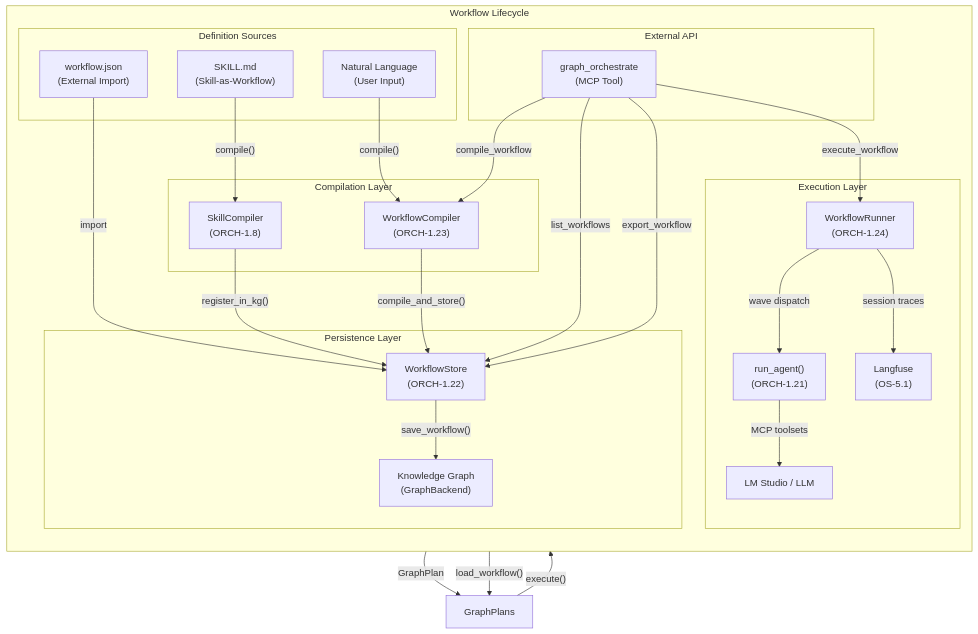
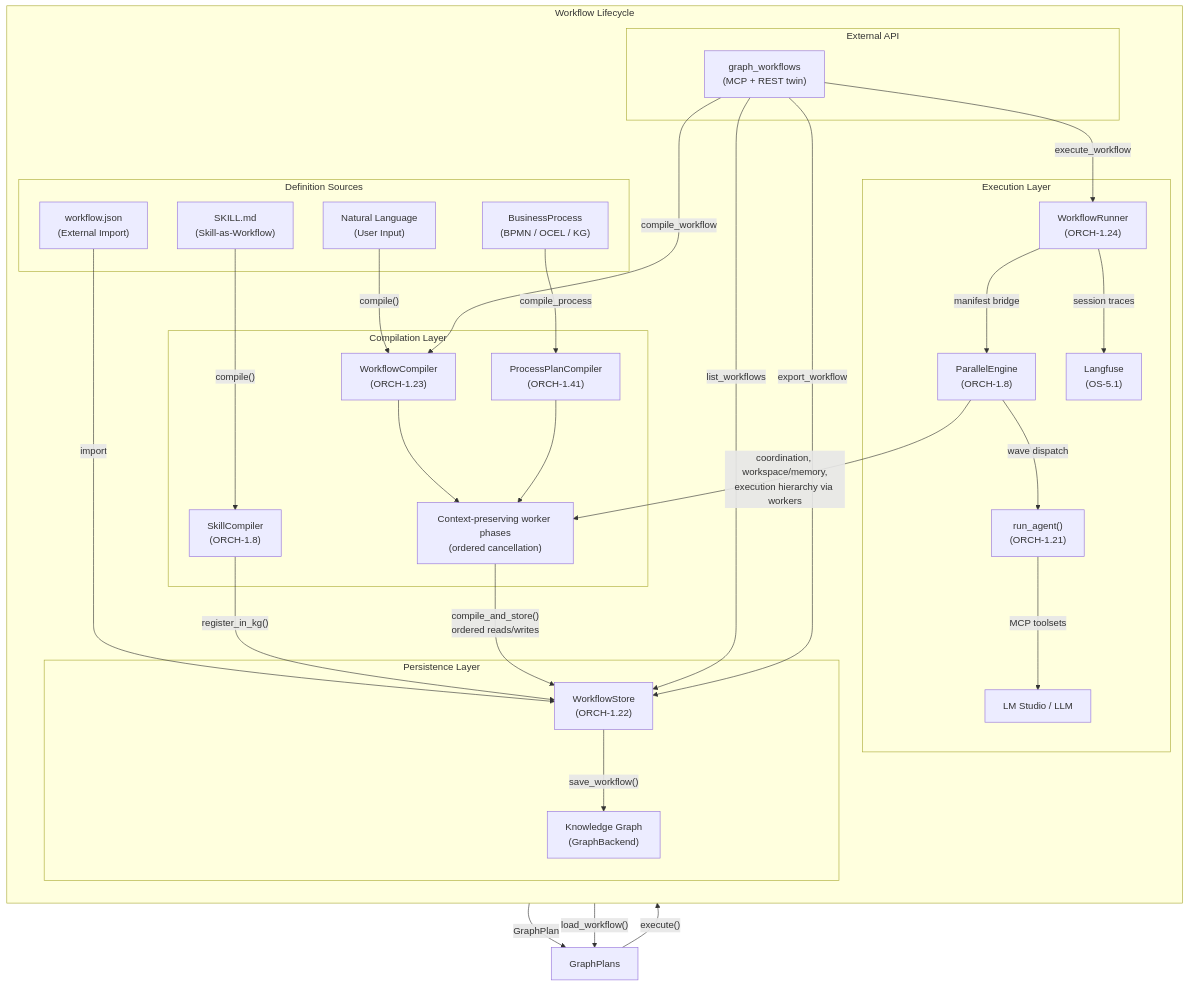
Before and after one commit to Knuckles-Team/agent-utilities: the diagram in docs/pillars/1_graph_orchestration/ORCH-1.9-Workflow_Lifecycle.md, drawn with Mermaid. The commit also changed other lines of this file and 9 other files, not shown here.

Commit message:
fix(workflows): isolate compile and parallel graph phases

````diff
--- a/docs/pillars/1_graph_orchestration/ORCH-1.9-Workflow_Lifecycle.md
+++ b/docs/pillars/1_graph_orchestration/ORCH-1.9-Workflow_Lifecycle.md
@@ -18,54 +18,61 @@
 ```mermaid
 graph TB
     subgraph "Workflow Lifecycle"
         direction TB
 
         subgraph "Definition Sources"
             SKILL["SKILL.md<br/>(Skill-as-Workflow)"]
             NL["Natural Language<br/>(User Input)"]
+            PROCESS["BusinessProcess<br/>(BPMN / OCEL / KG)"]
             JSON["workflow.json<br/>(External Import)"]
         end
 
         subgraph "Compilation Layer"
             SKILLCOMP["SkillCompiler<br/>(ORCH-1.8)"]
             COMPILER["WorkflowCompiler<br/>(ORCH-1.23)"]
+            PROCESSCOMP["ProcessPlanCompiler<br/>(ORCH-1.41)"]
+            WORKERS["Context-preserving worker phases<br/>(ordered cancellation)"]
         end
 
         subgraph "Persistence Layer"
             STORE["WorkflowStore<br/>(ORCH-1.22)"]
             KG["Knowledge Graph<br/>(GraphBackend)"]
         end
 
         subgraph "Execution Layer"
             RUNNER["WorkflowRunner<br/>(ORCH-1.24)"]
+            PARALLEL["ParallelEngine<br/>(ORCH-1.8)"]
             AGENT["run_agent()<br/>(ORCH-1.21)"]
             LLM["LM Studio / LLM"]
             LANGFUSE["Langfuse<br/>(OS-5.1)"]
         end
 
         subgraph "External API"
-            MCP["graph_orchestrate<br/>(MCP Tool)"]
+            MCP["graph_workflows<br/>(MCP + REST twin)"]
         end
     end
 
     SKILL -->|"compile()"| SKILLCOMP
     JSON -->|"import"| STORE
-    NL -->|"compile()"| COMPILER
+    NL -->|"compile()"| COMPILER --> WORKERS
+    PROCESS -->|"compile_process"| PROCESSCOMP --> WORKERS
 
     SKILLCOMP -->|"GraphPlan"| PLANS["GraphPlans"]
     SKILLCOMP -->|"register_in_kg()"| STORE
-    COMPILER -->|"compile_and_store()"| STORE
+    WORKERS -->|"compile_and_store()<br/>ordered reads/writes"| STORE
 
     STORE -->|"save_workflow()"| KG
     KG -->|"load_workflow()"| PLANS
 
     PLANS -->|"execute()"| RUNNER
-    RUNNER -->|"wave dispatch"| AGENT
+    RUNNER -->|"manifest bridge"| PARALLEL
+    PARALLEL -->|"wave dispatch"| AGENT
+    PARALLEL -->|"coordination, workspace/memory,<br/>execution hierarchy via workers"| WORKERS
     AGENT -->|"MCP toolsets"| LLM
     RUNNER -->|"session traces"| LANGFUSE
 
     MCP -->|"list_workflows"| STORE
     MCP -->|"execute_workflow"| RUNNER
     MCP -->|"compile_workflow"| COMPILER
     MCP -->|"export_workflow"| STORE
 ```
````
